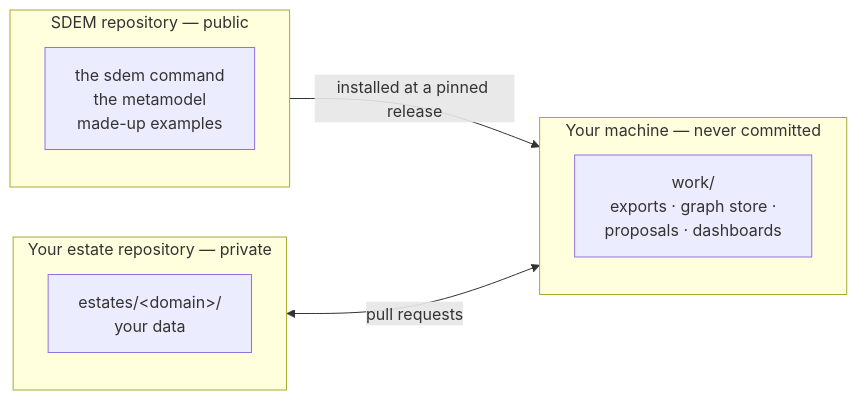
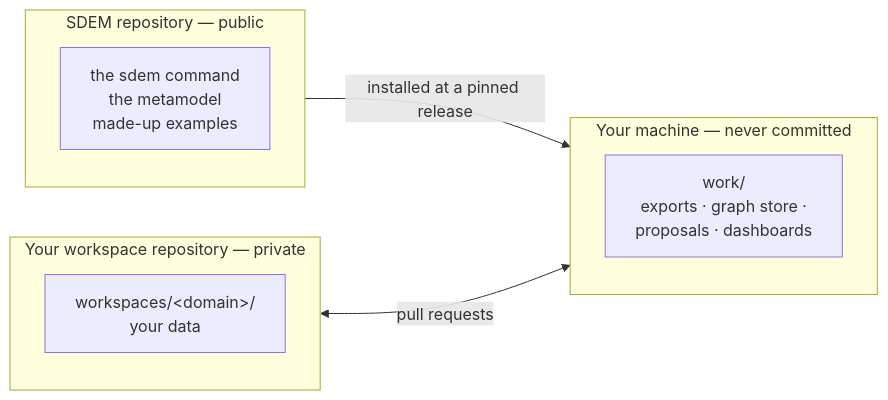
The second of 3 diagrams in docs/sdem-architecture.md (taumoeps/bian-sdem-framework), drawn with Mermaid before and after one commit. The commit also changed other lines of this file and 155 other files, not shown here.

````diff
--- a/docs/sdem-architecture.md
+++ b/docs/sdem-architecture.md
@@ -56,14 +56,14 @@
 ```mermaid
 flowchart LR
     subgraph PUB["SDEM repository — public"]
         P1["the sdem command<br/>the metamodel<br/>made-up examples"]
     end
-    subgraph PRIV["Your estate repository — private"]
-        E1["estates/&lt;domain&gt;/<br/>your data"]
+    subgraph PRIV["Your workspace repository — private"]
+        E1["workspaces/&lt;domain&gt;/<br/>your data"]
     end
     subgraph LOCAL["Your machine — never committed"]
         W1["work/<br/>exports · graph store ·<br/>proposals · dashboards"]
     end
     PUB -- "installed at a pinned release" --> LOCAL
     PRIV <-- "pull requests" --> LOCAL
 ```
````
